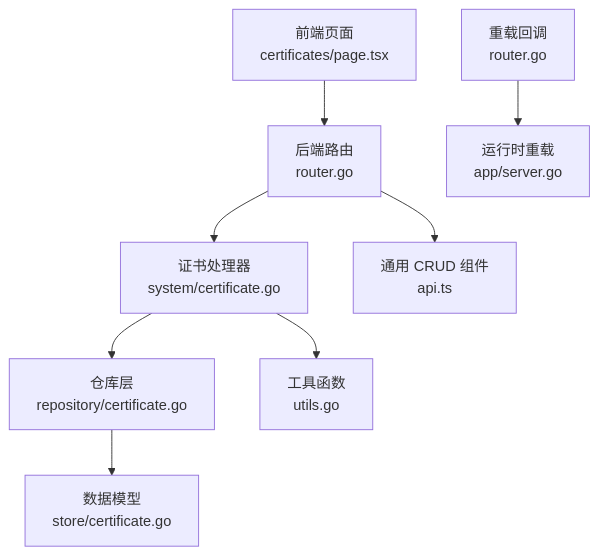
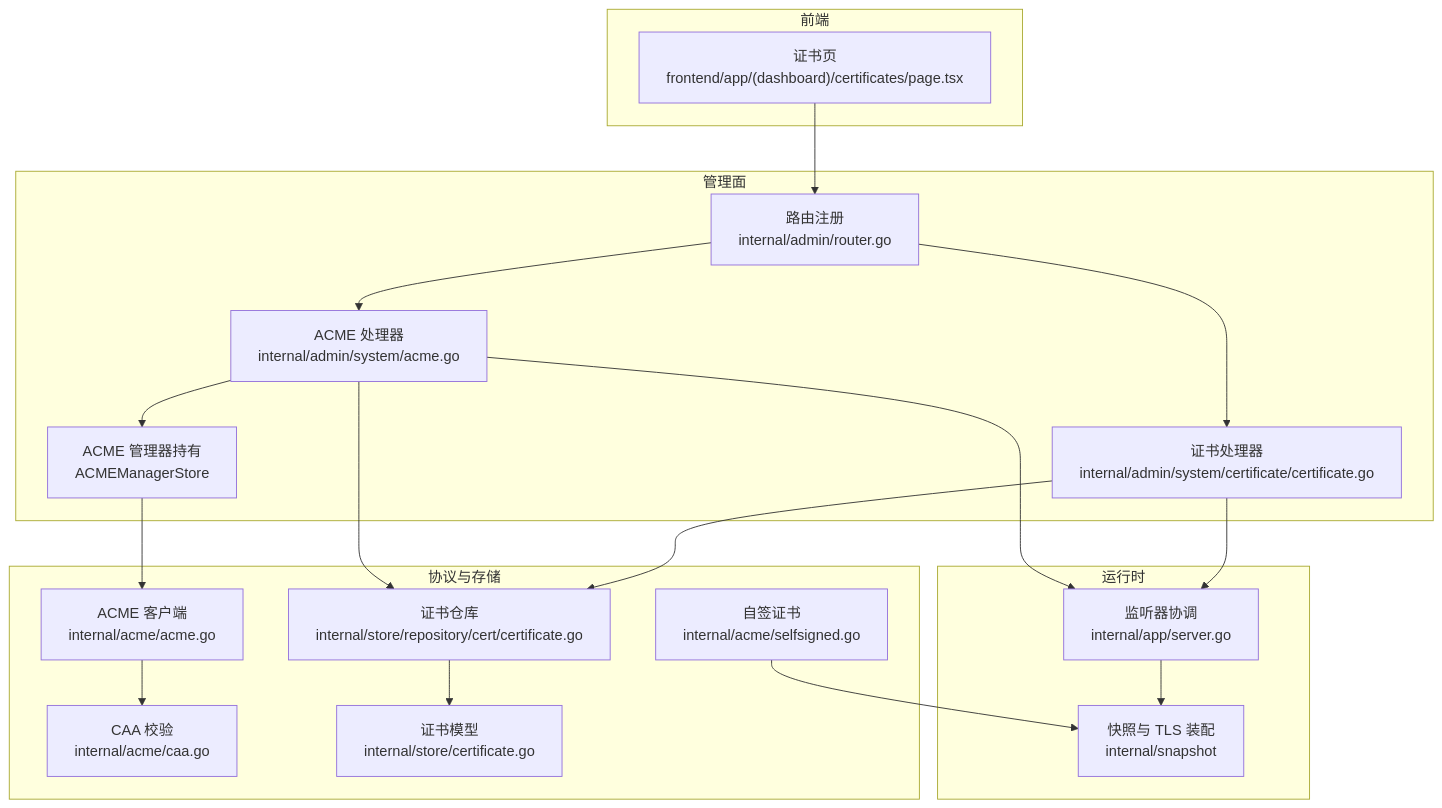
Before and after one commit to x01n/My-OpenWaf: the first of 8 diagrams in docs/管理 API 系统/证书管理 API.md, drawn with Mermaid. The commit also changed other lines of this file and 622 other files, not shown here.

````diff
--- a/docs/管理 API 系统/证书管理 API.md
+++ b/docs/管理 API 系统/证书管理 API.md
@@ -42,10 +49,36 @@
 ```mermaid
-graph TB
-FE["前端页面<br/>certificates/page.tsx"] --> API["后端路由<br/>router.go"]
-API --> Handler["证书处理器<br/>system/certificate.go"]
-Handler --> Repo["仓库层<br/>repository/certificate.go"]
-Repo --> Model["数据模型<br/>store/certificate.go"]
-Handler --> Utils["工具函数<br/>utils.go"]
-API --> FrontendCRUD["通用 CRUD 组件<br/>api.ts"]
-Reload["重载回调<br/>router.go"] --> Runtime["运行时重载<br/>app/server.go"]
+flowchart TB
+subgraph "前端"
+FEPAGE["证书页<br/>frontend/app/(dashboard)/certificates/page.tsx"]
+end
+subgraph "管理面"
+ROUTER["路由注册<br/>internal/admin/router.go"]
+CH["证书处理器<br/>internal/admin/system/certificate/certificate.go"]
+AH["ACME 处理器<br/>internal/admin/system/acme.go"]
+STORE["ACME 管理器持有<br/>ACMEManagerStore"]
+end
+subgraph "协议与存储"
+ACME["ACME 客户端<br/>internal/acme/acme.go"]
+CAA["CAA 校验<br/>internal/acme/caa.go"]
+SELF["自签证书<br/>internal/acme/selfsigned.go"]
+CREPO["证书仓库<br/>internal/store/repository/cert/certificate.go"]
+CMODEL["证书模型<br/>internal/store/certificate.go"]
+end
+subgraph "运行时"
+SNAP["快照与 TLS 装配<br/>internal/snapshot"]
+RELOAD["监听器协调<br/>internal/app/server.go"]
+end
+FEPAGE --> ROUTER
+ROUTER --> CH
+ROUTER --> AH
+AH --> STORE
+STORE --> ACME
+ACME --> CAA
+CH --> CREPO
+AH --> CREPO
+CREPO --> CMODEL
+CH --> RELOAD
+AH --> RELOAD
+RELOAD --> SNAP
+SELF --> SNAP
 ```
````
